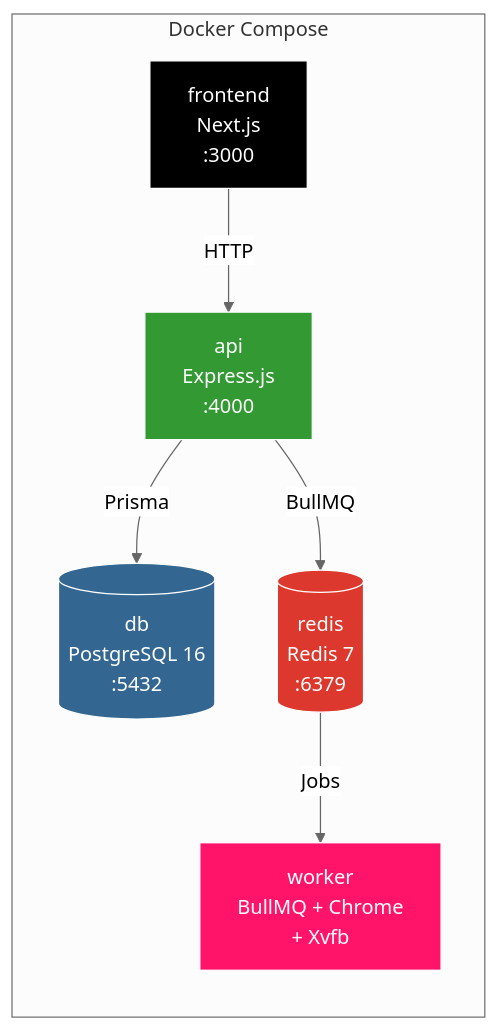
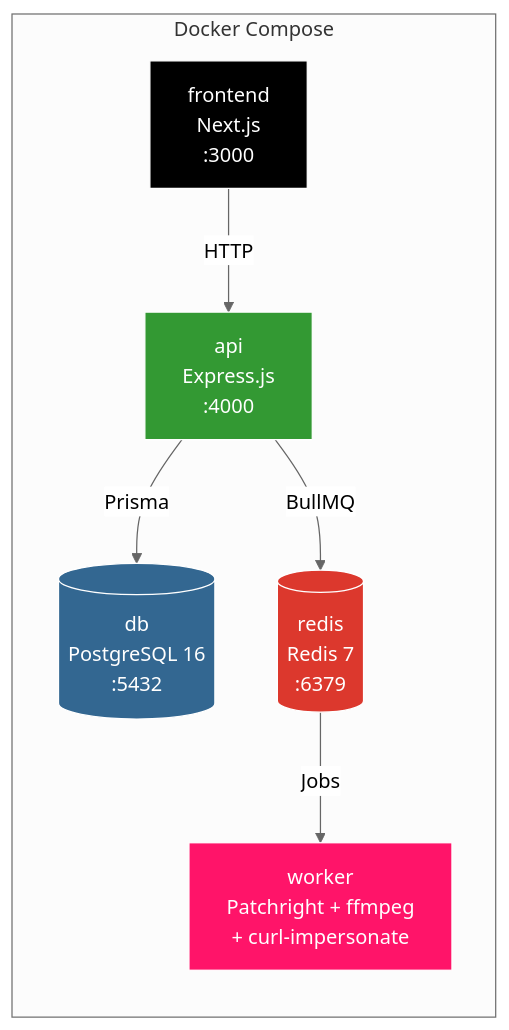
The third of 6 diagrams in README.md (simu-lacrum/melonitymedia), drawn with Mermaid (neutral theme) before and after one commit. The commit also changed other lines of this file, not shown here.

First line of the commit message:
docs: update README for v3 antidetect architecture

````diff
--- a/README.md
+++ b/README.md
@@ -267,21 +293,21 @@
 ```mermaid
 graph LR
     subgraph Docker Compose
-        DB[(db<br/>PostgreSQL 16<br/>:5432)]
-        RD[(redis<br/>Redis 7<br/>:6379)]
+        DB[("db<br/>PostgreSQL 16<br/>:5432")]
+        RD[("redis<br/>Redis 7<br/>:6379")]
         API[api<br/>Express.js<br/>:4000]
         WEB[frontend<br/>Next.js<br/>:3000]
-        WK[worker<br/>BullMQ + Chrome<br/>+ Xvfb]
+        WK["worker<br/>Patchright + ffmpeg<br/>+ curl-impersonate"]
     end
 
     WEB -->|HTTP| API
     API -->|Prisma| DB
     API -->|BullMQ| RD
     RD -->|Jobs| WK
 
     style DB fill:#336791,stroke:#fff,color:#fff
     style RD fill:#DC382D,stroke:#fff,color:#fff
     style API fill:#339933,stroke:#fff,color:#fff
     style WEB fill:#000,stroke:#fff,color:#fff
     style WK fill:#ff1469,stroke:#fff,color:#fff
 ```
````
